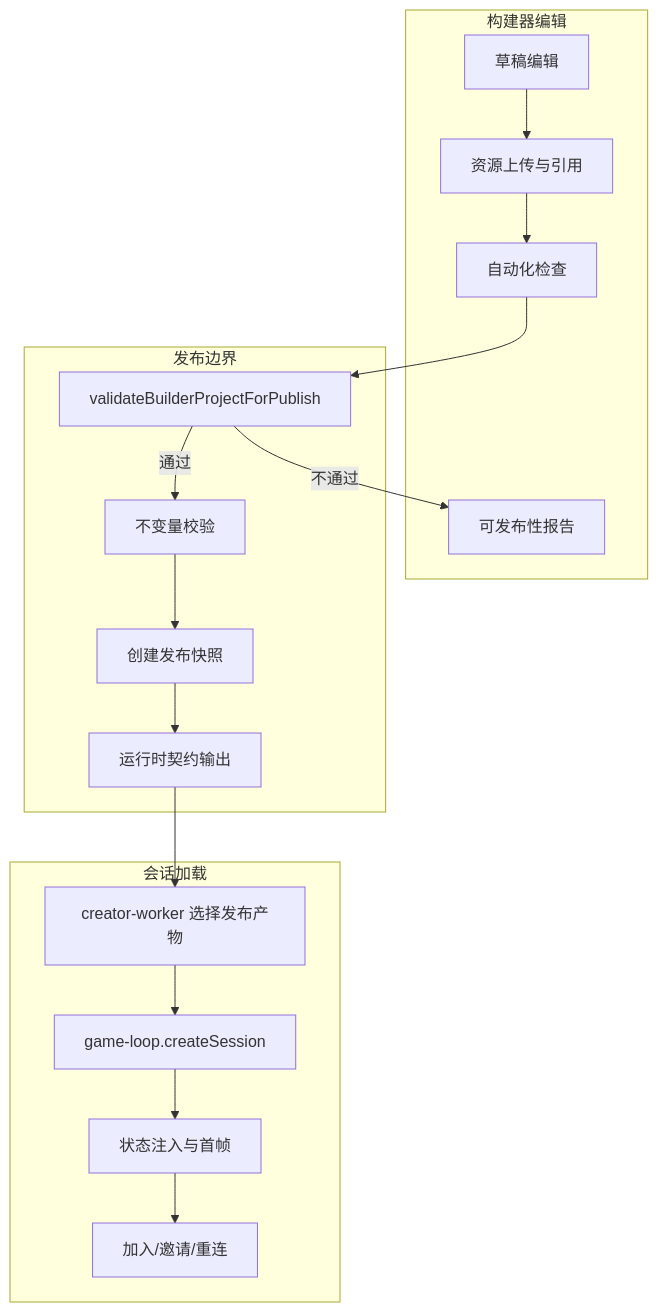
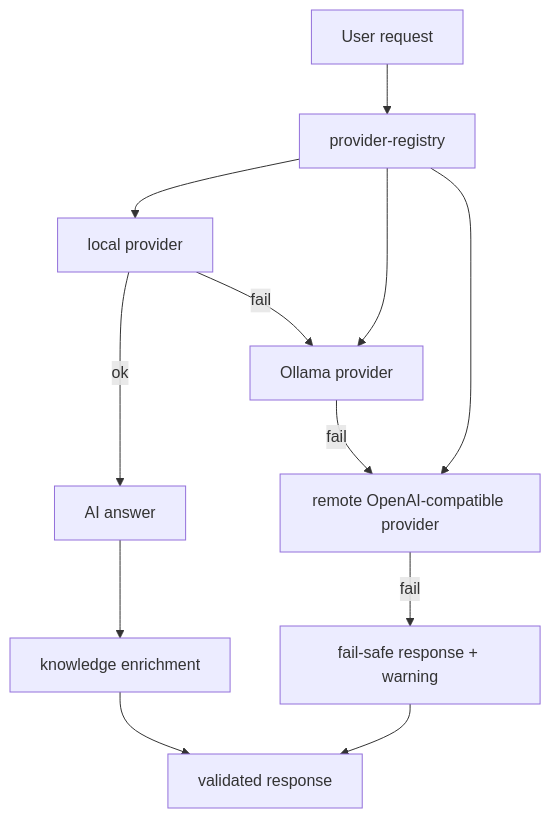
Diagram 11 of 12 in README.md (d4551/tea), drawn with Mermaid before and after one commit. The commit also changed other lines of this file and 2 other files, not shown here.

Commit message:
Align README to line-by-line bilingual format with collapsible bilingual mermaid charts

````diff
--- a/README.md
+++ b/README.md
@@ -459,28 +511,14 @@
 ```mermaid
 flowchart TD
-  subgraph 编辑阶段["构建器编辑"]
-    B1["草稿编辑"]
-    B2["资源上传与引用"]
-    B3["自动化检查"]
-    B4["可发布性报告"]
-  end
-
-  subgraph 发布阶段["发布边界"]
-    P1["validateBuilderProjectForPublish"]
-    P2["不变量校验"]
-    P3["创建发布快照"]
-    P4["运行时契约输出"]
-  end
-
-  subgraph 加载阶段["会话加载"]
-    R1["creator-worker 选择发布产物"]
-    R2["game-loop.createSession"]
-    R3["状态注入与首帧"]
-    R4["加入/邀请/重连"]
-  end
-
-  B1 --> B2 --> B3 --> P1
-  P1 -->|通过| P2 --> P3 --> P4 --> R1
-  P1 -->|不通过| B4
-  R1 --> R2 --> R3 --> R4
+  U["User request"] --> P["provider-registry"]
+  P --> L["local provider"]
+  P --> O["Ollama provider"]
+  P --> R["remote OpenAI-compatible provider"]
+  L -->|ok| S["AI answer"]
+  L -->|fail| O
+  O -->|fail| R
+  R -->|fail| F["fail-safe response + warning"]
+  S --> K["knowledge enrichment"]
+  K --> V["validated response"]
+  F --> V
 ```
````
